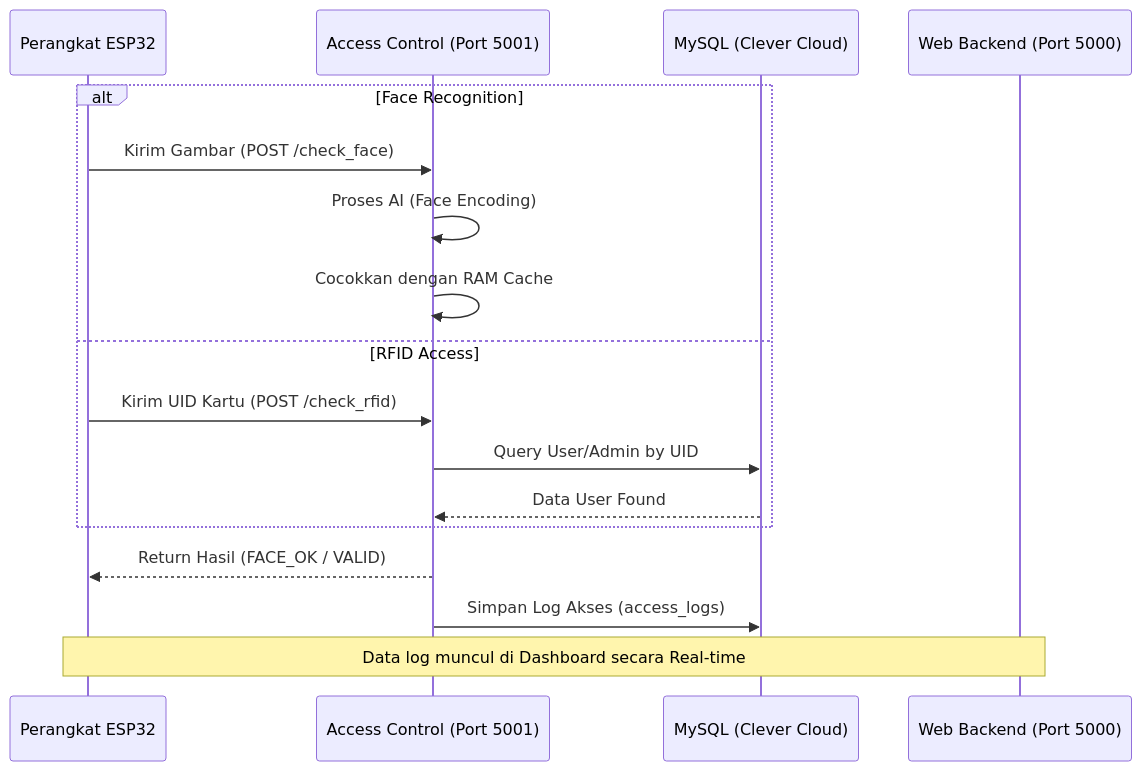
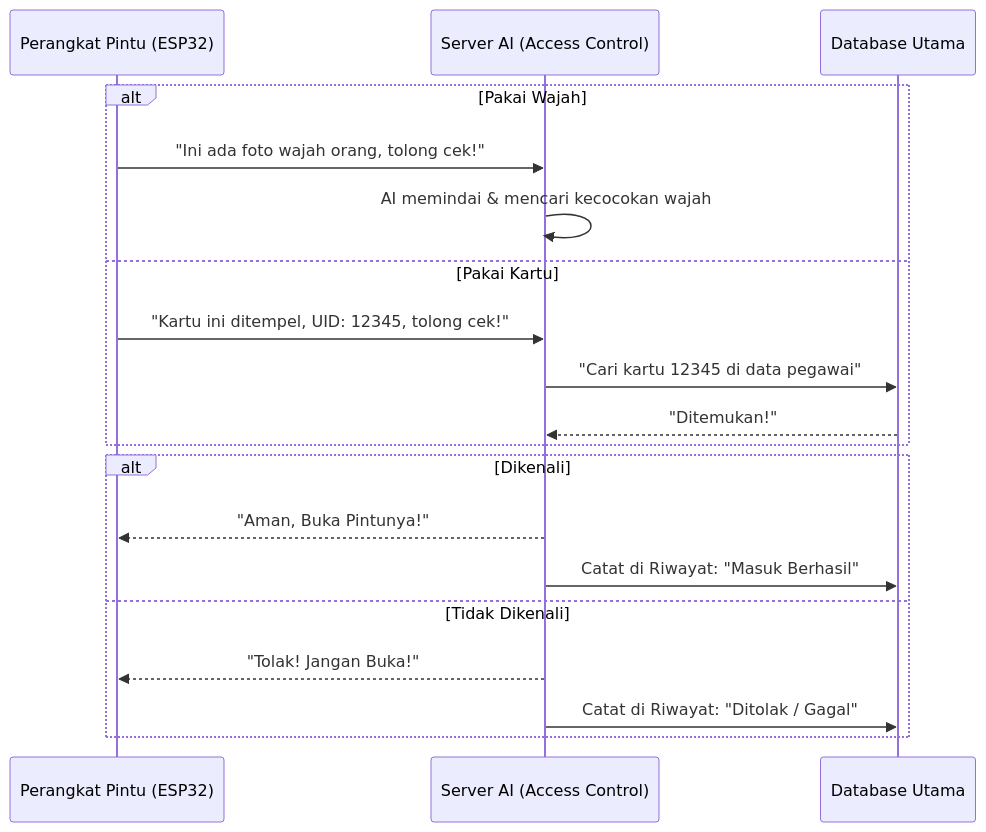
One commit to IAMYANTO/web-skripsi changed the first of 3 diagrams in README.md. Above: the diagram before and after it, drawn with Mermaid. The commit also changed other lines of this file, not shown here.

Commit message:
docs: update readme with simple flowcharts and latest architecture

````diff
--- a/README.md
+++ b/README.md
@@ -54,21 +40,23 @@
 ```mermaid
 sequenceDiagram
-    participant HW as Perangkat ESP32
-    participant SVR as Access Control (Port 5001)
-    participant DB as MySQL (Clever Cloud)
-    participant APP as Web Backend (Port 5000)
+    participant Pintu as Perangkat Pintu (ESP32)
+    participant Server as Server AI (Access Control)
+    participant DB as Database Utama
 
-    alt Face Recognition
-        HW->>SVR: Kirim Gambar (POST /check_face)
-        SVR->>SVR: Proses AI (Face Encoding)
-        SVR->>SVR: Cocokkan dengan RAM Cache
-    else RFID Access
-        HW->>SVR: Kirim UID Kartu (POST /check_rfid)
-        SVR->>DB: Query User/Admin by UID
-        DB-->>SVR: Data User Found
+    alt Pakai Wajah
+        Pintu->>Server: "Ini ada foto wajah orang, tolong cek!"
+        Server->>Server: AI memindai & mencari kecocokan wajah
+    else Pakai Kartu
+        Pintu->>Server: "Kartu ini ditempel, UID: 12345, tolong cek!"
+        Server->>DB: "Cari kartu 12345 di data pegawai"
+        DB-->>Server: "Ditemukan!"
     end
 
-    SVR-->>HW: Return Hasil (FACE_OK / VALID)
-    SVR->>DB: Simpan Log Akses (access_logs)
-    Note over HW, APP: Data log muncul di Dashboard secara Real-time
+    alt Dikenali
+        Server-->>Pintu: "Aman, Buka Pintunya!"
+        Server->>DB: Catat di Riwayat: "Masuk Berhasil"
+    else Tidak Dikenali
+        Server-->>Pintu: "Tolak! Jangan Buka!"
+        Server->>DB: Catat di Riwayat: "Ditolak / Gagal"
+    end
 ```
````
